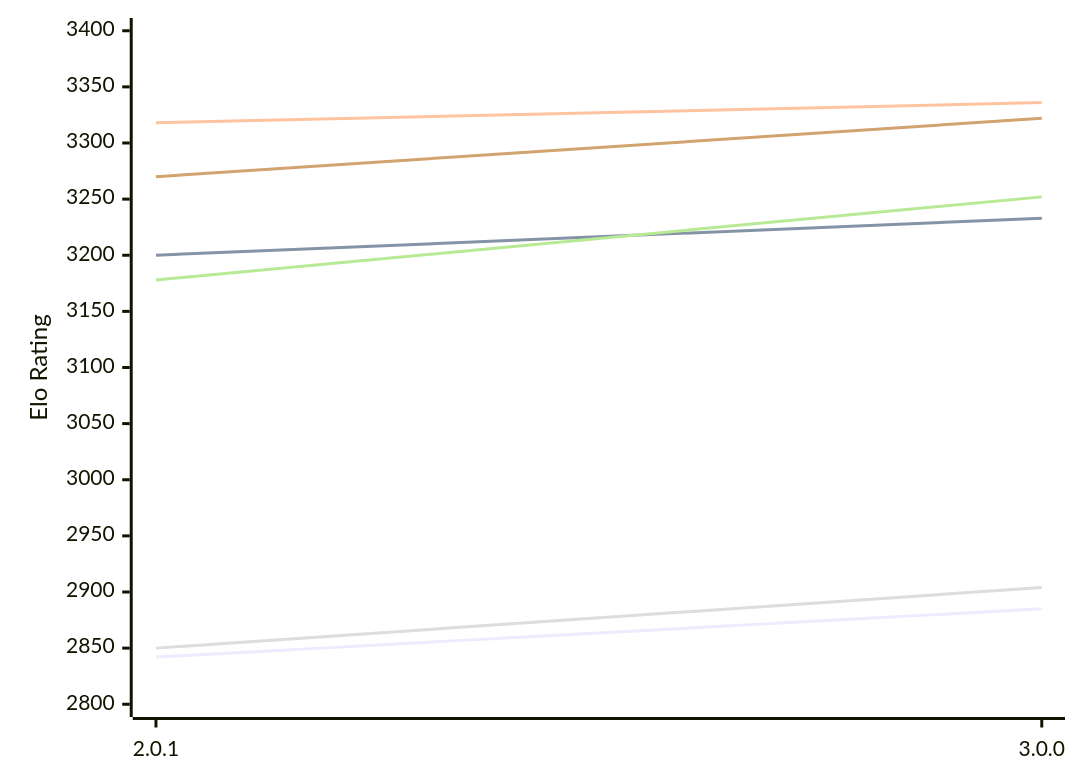
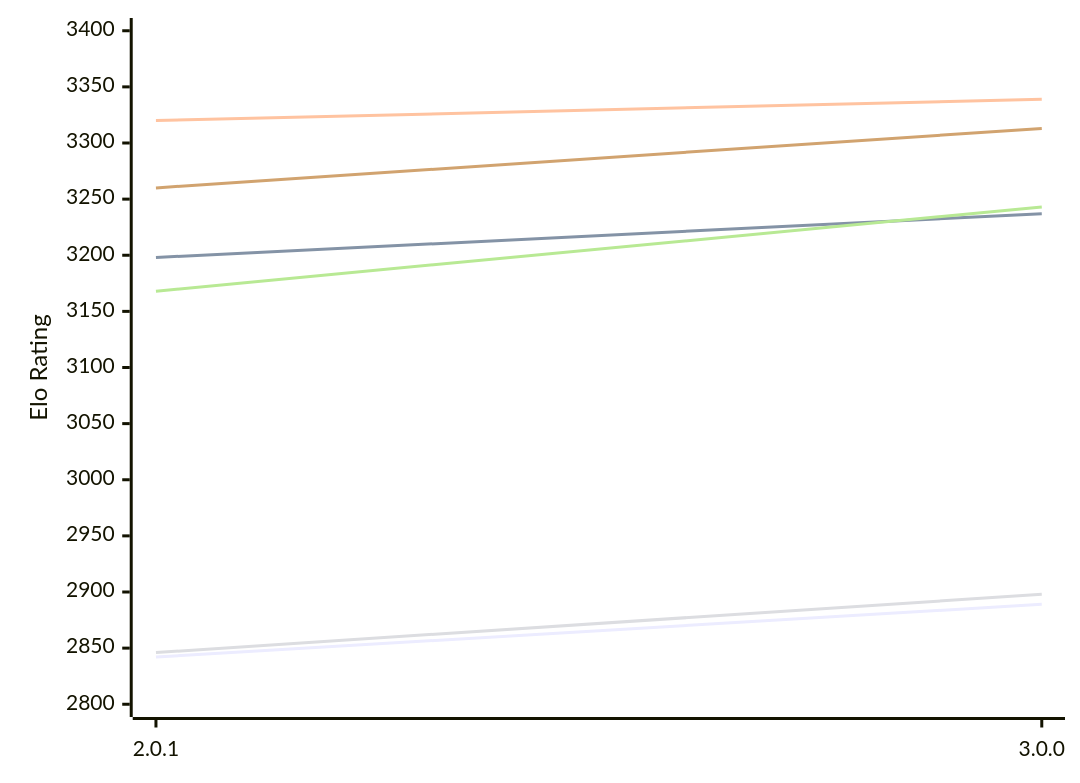
The first of 2 diagrams in engines/Grail.md (computer-chess-index/cci), drawn with Mermaid before and after one commit. The commit also changed other lines of this file, not shown here.

Commit message:
Update CCI Ratings (ELO VLTC) - 2026-11-15

````diff
--- a/engines/Grail.md
+++ b/engines/Grail.md
@@ -56,12 +56,12 @@
 ```mermaid
 %%{init: {"theme":"base","themeVariables":{"seriesColors:['#a3a3a3','#222221','#faa371']}}}%%
 xychart-beta
   x-axis ["2.0.1", "3.0.0"]
   y-axis "Elo Rating" 2800 --> 3400
-  line "E1: STC (8.0+0.08s)" [2842, 2885]
-  line "E1: LTC (60.0+0.60s)" [3200, 3233]
-  line "E1: VLTC (2m24s+1.12s)" [3318, 3336]
-  line "P1: STC (8.0+0.08s)" [2850, 2904]
-  line "P1: LTC (60.0+0.60s)" [3178, 3252]
-  line "P1: VLTC (2m24s+1.12s)" [3270, 3322]
+  line "E1: STC (8.0+0.08s)" [2842, 2889]
+  line "E1: LTC (60.0+0.60s)" [3198, 3237]
+  line "E1: VLTC (2m24s+1.12s)" [3320, 3339]
+  line "P1: STC (8.0+0.08s)" [2846, 2898]
+  line "P1: LTC (60.0+0.60s)" [3168, 3243]
+  line "P1: VLTC (2m24s+1.12s)" [3260, 3313]
 ```
````
